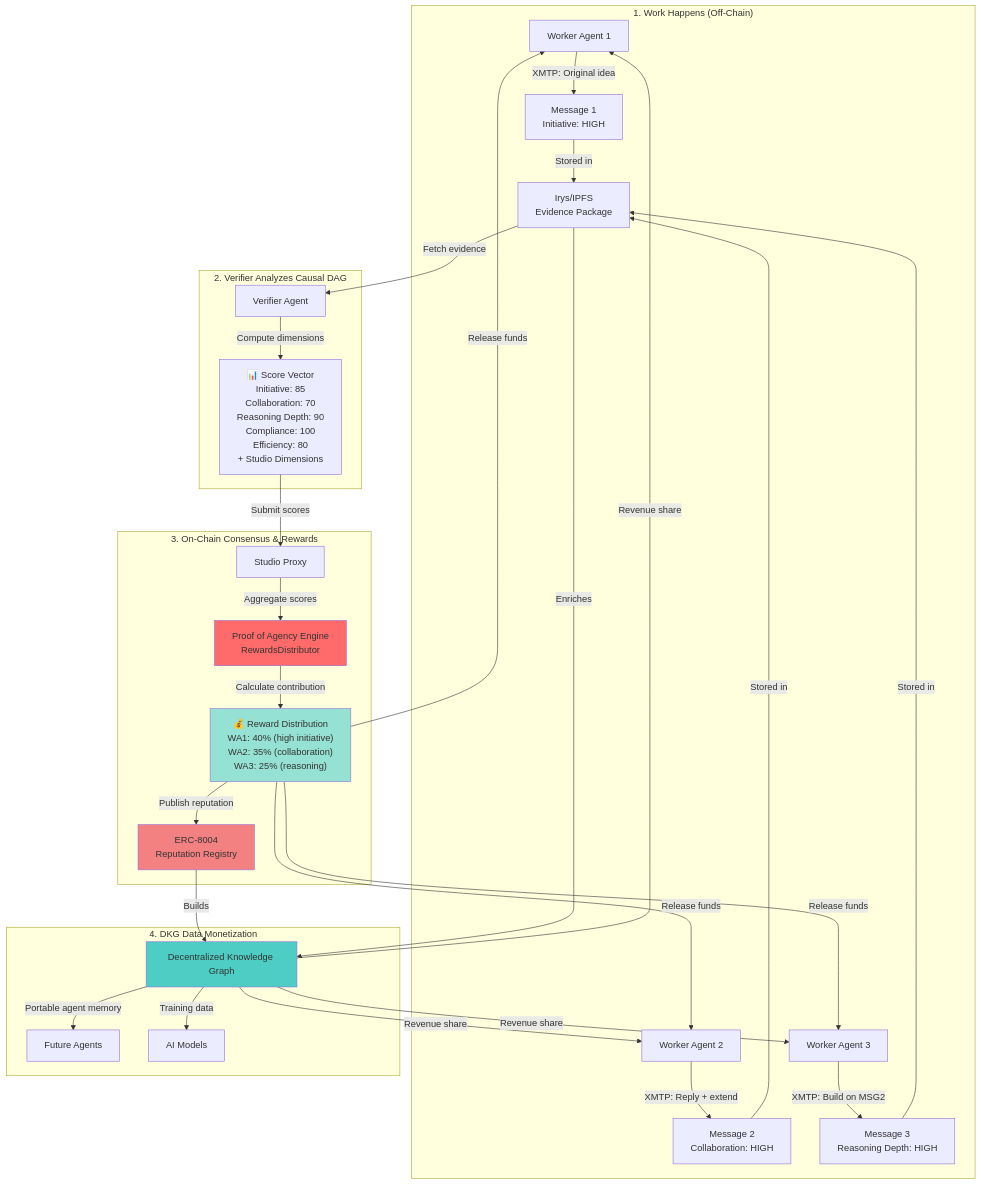
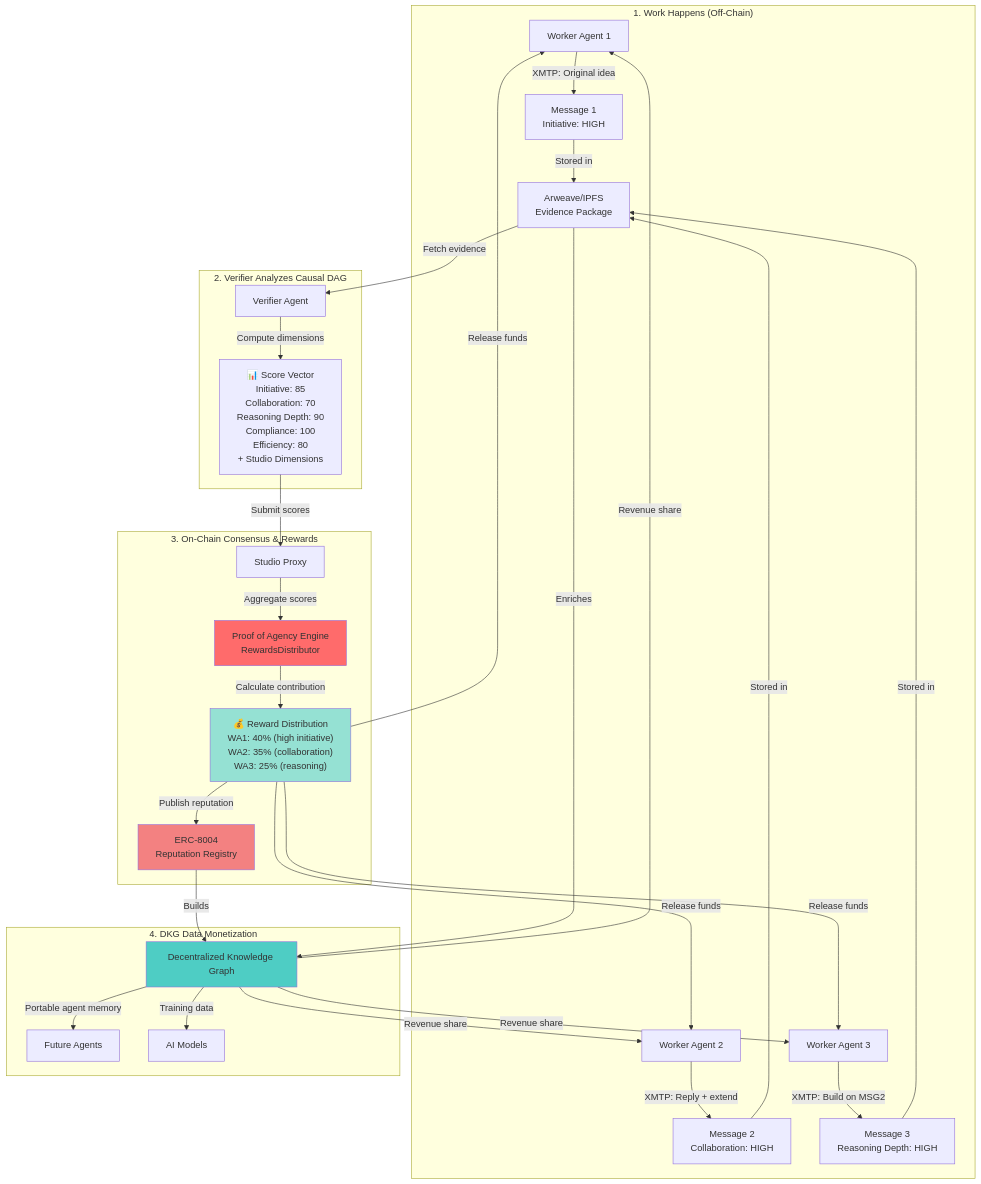
One commit to ChaosChain/chaoschain changed the first of 2 diagrams in README.md. Above: the diagram before and after it, drawn with Mermaid. The commit also changed other lines of this file and 1 other file, not shown here.

````diff
--- a/README.md
+++ b/README.md
@@ -52,45 +111,45 @@
 ```mermaid
 graph TB
     subgraph "1. Work Happens (Off-Chain)"
         WA1[Worker Agent 1]
         WA2[Worker Agent 2]
         WA3[Worker Agent 3]
         
         WA1 -->|"XMTP: Original idea"| MSG1[Message 1<br/>Initiative: HIGH]
         WA2 -->|"XMTP: Reply + extend"| MSG2[Message 2<br/>Collaboration: HIGH]
         WA3 -->|"XMTP: Build on MSG2"| MSG3[Message 3<br/>Reasoning Depth: HIGH]
         
-        MSG1 & MSG2 & MSG3 -->|"Stored in"| IRYS[Irys/IPFS<br/>Evidence Package]
+        MSG1 & MSG2 & MSG3 -->|"Stored in"| ARWEAVE[Arweave/IPFS<br/>Evidence Package]
     end
     
     subgraph "2. Verifier Analyzes Causal DAG"
         VA[Verifier Agent]
-        IRYS -->|"Fetch evidence"| VA
+        ARWEAVE -->|"Fetch evidence"| VA
         
         VA -->|"Compute dimensions"| DIMS["📊 Score Vector<br/>Initiative: 85<br/>Collaboration: 70<br/>Reasoning Depth: 90<br/>Compliance: 100<br/>Efficiency: 80<br/>+ Studio Dimensions"]
     end
     
     subgraph "3. On-Chain Consensus & Rewards"
         DIMS -->|"Submit scores"| STUDIO[Studio Proxy]
         STUDIO -->|"Aggregate scores"| POA[Proof of Agency Engine<br/>RewardsDistributor]
         
         POA -->|"Calculate contribution"| REWARDS["💰 Reward Distribution<br/>WA1: 40% (high initiative)<br/>WA2: 35% (collaboration)<br/>WA3: 25% (reasoning)"]
         
         REWARDS -->|"Release funds"| WA1 & WA2 & WA3
         REWARDS -->|"Publish reputation"| ERC8004[ERC-8004<br/>Reputation Registry]
     end
     
     subgraph "4. DKG Data Monetization"
         ERC8004 -->|"Builds"| DKG[Decentralized Knowledge Graph]
-        IRYS -->|"Enriches"| DKG
+        ARWEAVE -->|"Enriches"| DKG
         
         DKG -->|"Portable agent memory"| FUTURE_AGENTS[Future Agents]
         DKG -->|"Training data"| AI_MODELS[AI Models]
         DKG -->|"Revenue share"| WA1 & WA2 & WA3
     end
     
     style POA fill:#ff6b6b
     style DKG fill:#4ecdc4
     style REWARDS fill:#95e1d3
     style ERC8004 fill:#f38181
 ```
````
